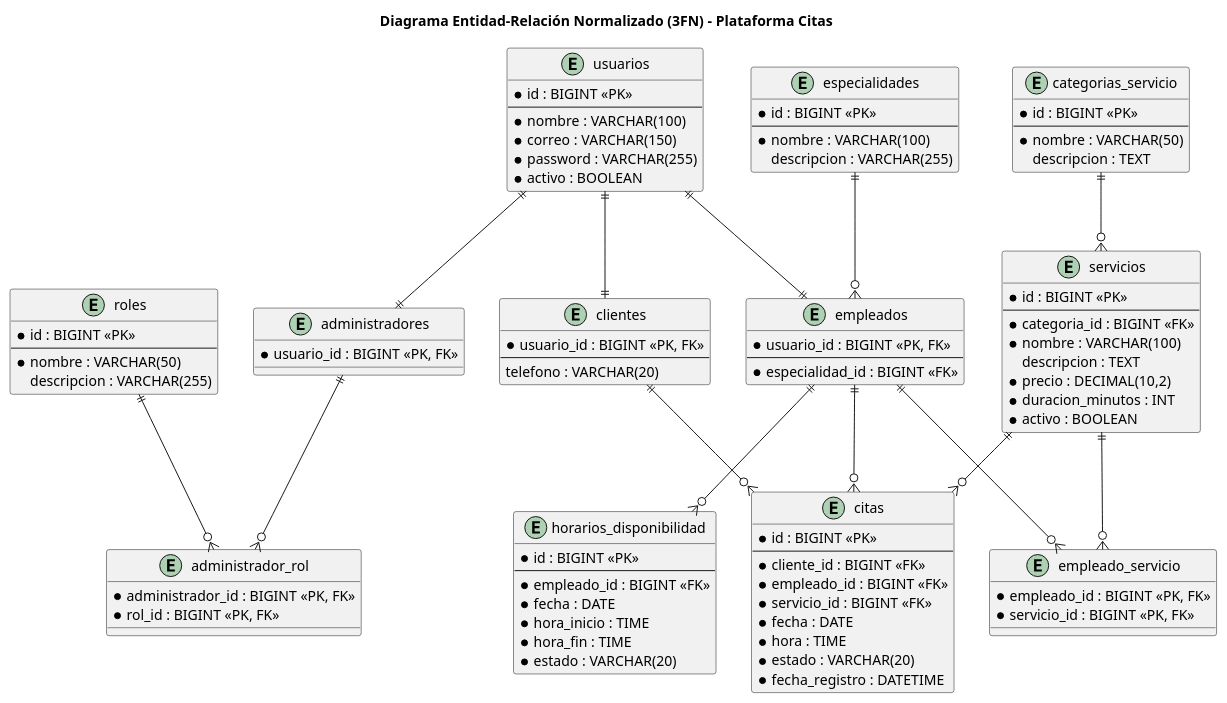
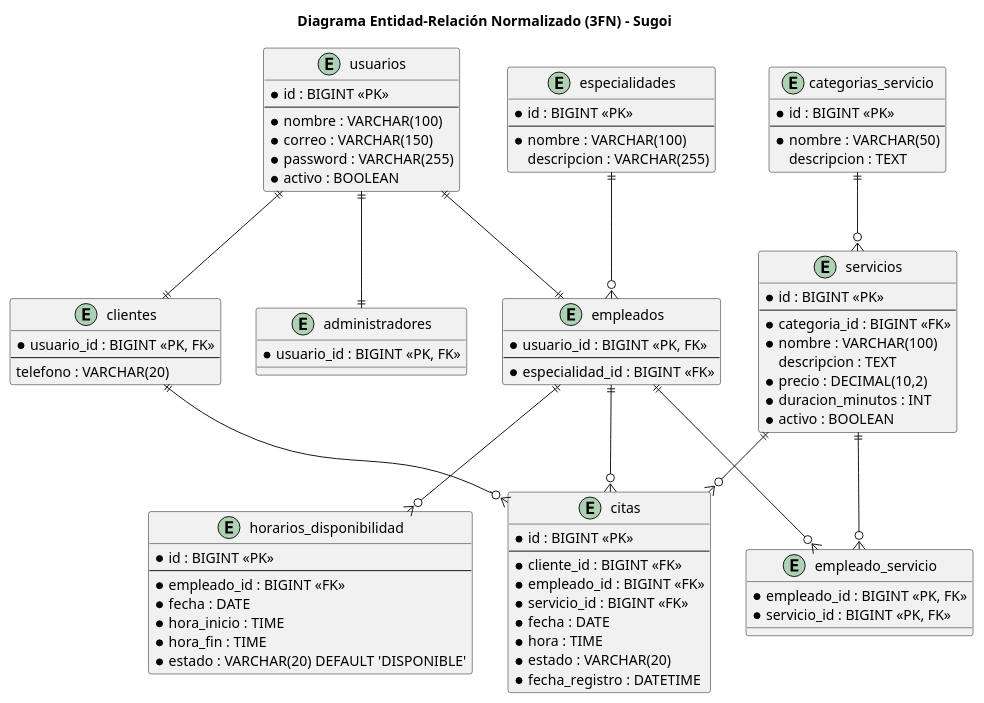
Before and after one commit to unice786/Plataforma-para-Gestion-de-Citas: the diagram in diagramas/diagrama_bd.puml, drawn with PlantUML. The commit also changed 21 other files, not shown here.

Commit message:
[SCRUM-12] May: Registro de cliente con validacion, verificacion de correo con Mailtrap, autenticacion por sesion, diseno de login/registro y diagramas actualizados

```diff
--- a/diagramas/diagrama_bd.puml
+++ b/diagramas/diagrama_bd.puml
@@ -1,112 +1,110 @@
-@startuml Diagrama_Entidad_Relacion_3FN
-title Diagrama Entidad-Relación Normalizado (3FN) - Plataforma Citas
+@startuml
+title Diagrama Entidad-Relación Normalizado (3FN) - Sugoi
+
 
 entity "usuarios" as usuarios {
-  * id : BIGINT <<PK>>
-  --
-  * nombre : VARCHAR(100)
-  * correo : VARCHAR(150)
-  * password : VARCHAR(255)
-  * activo : BOOLEAN
+ * id : BIGINT <<PK>>
+ --
+ * nombre : VARCHAR(100)
+ * correo : VARCHAR(150)
+ * password : VARCHAR(255)
+ * activo : BOOLEAN
 }
 
+
 entity "clientes" as clientes {
-  * usuario_id : BIGINT <<PK, FK>>
-  --
-  telefono : VARCHAR(20)
+ * usuario_id : BIGINT <<PK, FK>>
+ --
+ telefono : VARCHAR(20)
 }
 
+
 entity "especialidades" as especialidades {
-  * id : BIGINT <<PK>>
-  --
-  * nombre : VARCHAR(100)
-  descripcion : VARCHAR(255)
+ * id : BIGINT <<PK>>
+ --
+ * nombre : VARCHAR(100)
+ descripcion : VARCHAR(255)
 }
 
+
 entity "empleados" as empleados {
-  * usuario_id : BIGINT <<PK, FK>>
-  --
-  * especialidad_id : BIGINT <<FK>>
+ * usuario_id : BIGINT <<PK, FK>>
+ --
+ * especialidad_id : BIGINT <<FK>>
 }
 
-entity "roles" as roles {
-  * id : BIGINT <<PK>>
-  --
-  * nombre : VARCHAR(50)
-  descripcion : VARCHAR(255)
+
+entity "administradores" as administradores {
+ * usuario_id : BIGINT <<PK, FK>>
 }
 
-entity "administradores" as administradores {
-  * usuario_id : BIGINT <<PK, FK>>
+
+entity "categorias_servicio" as categorias {
+ * id : BIGINT <<PK>>
+ --
+ * nombre : VARCHAR(50)
+ descripcion : TEXT
 }
 
-entity "administrador_rol" as admin_rol {
-  * administrador_id : BIGINT <<PK, FK>>
-  * rol_id : BIGINT <<PK, FK>>
+
+entity "servicios" as servicios {
+ * id : BIGINT <<PK>>
+ --
+ * categoria_id : BIGINT <<FK>>
+ * nombre : VARCHAR(100)
+ descripcion : TEXT
+ * precio : DECIMAL(10,2)
+ * duracion_minutos : INT
+ * activo : BOOLEAN
 }
 
-entity "categorias_servicio" as categorias {
-  * id : BIGINT <<PK>>
-  --
-  * nombre : VARCHAR(50)
-  descripcion : TEXT
+
+entity "horarios_disponibilidad" as horarios {
+ * id : BIGINT <<PK>>
+ --
+ * empleado_id : BIGINT <<FK>>
+ * fecha : DATE
+ * hora_inicio : TIME
+ * hora_fin : TIME
+ * estado : VARCHAR(20) DEFAULT 'DISPONIBLE'
 }
 
-entity "servicios" as servicios {
-  * id : BIGINT <<PK>>
-  --
-  * categoria_id : BIGINT <<FK>>
-  * nombre : VARCHAR(100)
-  descripcion : TEXT
-  * precio : DECIMAL(10,2)
-  * duracion_minutos : INT
-  * activo : BOOLEAN
+
+entity "citas" as citas {
+ * id : BIGINT <<PK>>
+ --
+ * cliente_id : BIGINT <<FK>>
+ * empleado_id : BIGINT <<FK>>
+ * servicio_id : BIGINT <<FK>>
+ * fecha : DATE
+ * hora : TIME
+ * estado : VARCHAR(20)
+ * fecha_registro : DATETIME
 }
 
-entity "horarios_disponibilidad" as horarios {
-  * id : BIGINT <<PK>>
-  --
-  * empleado_id : BIGINT <<FK>>
-  * fecha : DATE
-  * hora_inicio : TIME
-  * hora_fin : TIME
-  * estado : VARCHAR(20)
+
+entity "empleado_servicio" as emp_serv {
+ * empleado_id : BIGINT <<PK, FK>>
+ * servicio_id : BIGINT <<PK, FK>>
 }
 
-entity "citas" as citas {
-  * id : BIGINT <<PK>>
-  --
-  * cliente_id : BIGINT <<FK>>
-  * empleado_id : BIGINT <<FK>>
-  * servicio_id : BIGINT <<FK>>
-  * fecha : DATE
-  * hora : TIME
-  * estado : VARCHAR(20)
-  * fecha_registro : DATETIME
-}
 
-entity "empleado_servicio" as emp_serv {
-  * empleado_id : BIGINT <<PK, FK>>
-  * servicio_id : BIGINT <<PK, FK>>
-}
-
-' Relaciones de Herencia Base
+' Herencia
 usuarios ||--|| clientes
 usuarios ||--|| empleados
 usuarios ||--|| administradores
 
-' Catálogos y Seguridad
+
+' Catálogos
 especialidades ||--o{ empleados
 categorias ||--o{ servicios
-administradores ||--o{ admin_rol
-roles ||--o{ admin_rol
+
 
 ' Operaciones
 empleados ||--o{ horarios
 clientes ||--o{ citas
 empleados ||--o{ citas
 servicios ||--o{ citas
 empleados ||--o{ emp_serv
 servicios ||--o{ emp_serv
-
 @enduml
```
